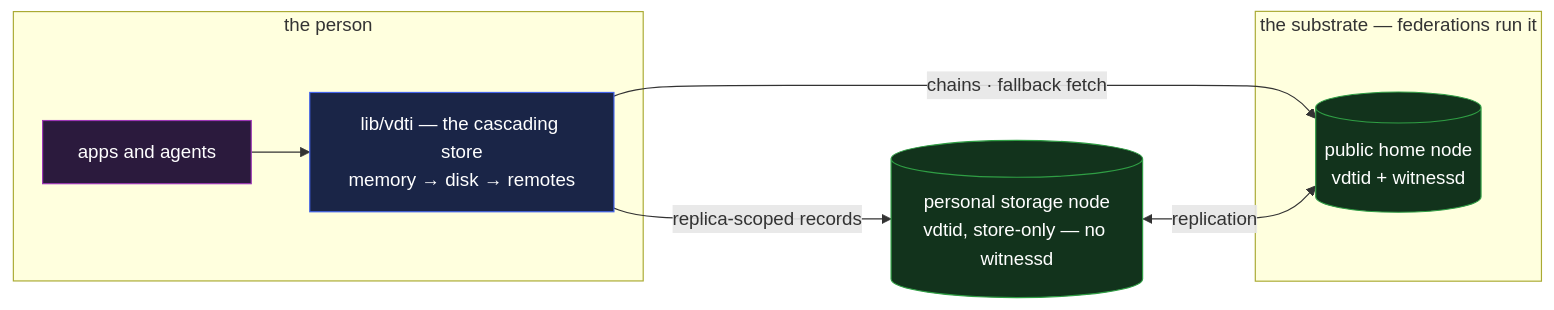
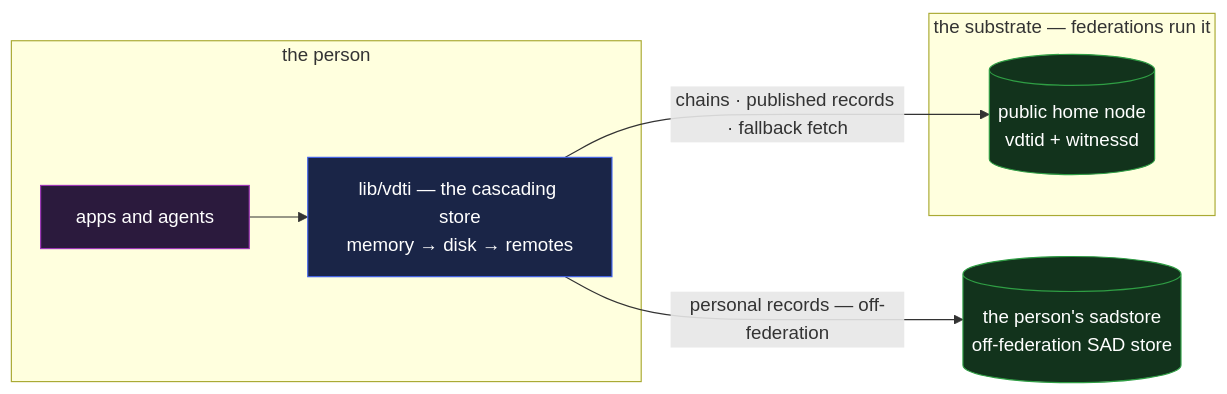
One commit to jasoncolburne/vdti changed the diagram in docs/design/example-applications/pds.md. Above: the diagram before and after it, drawn with Mermaid. The commit also changed other lines of this file and 19 other files, not shown here.

````diff
--- a/docs/design/example-applications/pds.md
+++ b/docs/design/example-applications/pds.md
@@ -16,18 +16,17 @@
 ```mermaid
 flowchart LR
   subgraph person["the person"]
     a["apps and agents"]:::app
     lib["lib/vdti — the cascading store<br/>memory → disk → remotes"]:::lib
   end
-  own[("personal storage node<br/>vdtid, store-only — no witnessd")]:::svc
+  own[("the person's sadstore<br/>off-federation SAD store")]:::svc
   subgraph sub["the substrate — federations run it"]
     pub[("public home node<br/>vdtid + witnessd")]:::svc
   end
   a --> lib
-  lib -->|"replica-scoped records"| own
-  lib -->|"chains · fallback fetch"| pub
-  own <-->|replication| pub
+  lib -->|"personal records — off-federation"| own
+  lib -->|"chains · published records · fallback fetch"| pub
   classDef app fill:#2b1a3d,stroke:#9c36b5,color:#fff
   classDef lib fill:#1a2547,stroke:#4263eb,color:#fff
   classDef svc fill:#12331c,stroke:#2f9e44,color:#fff
 ```
````
